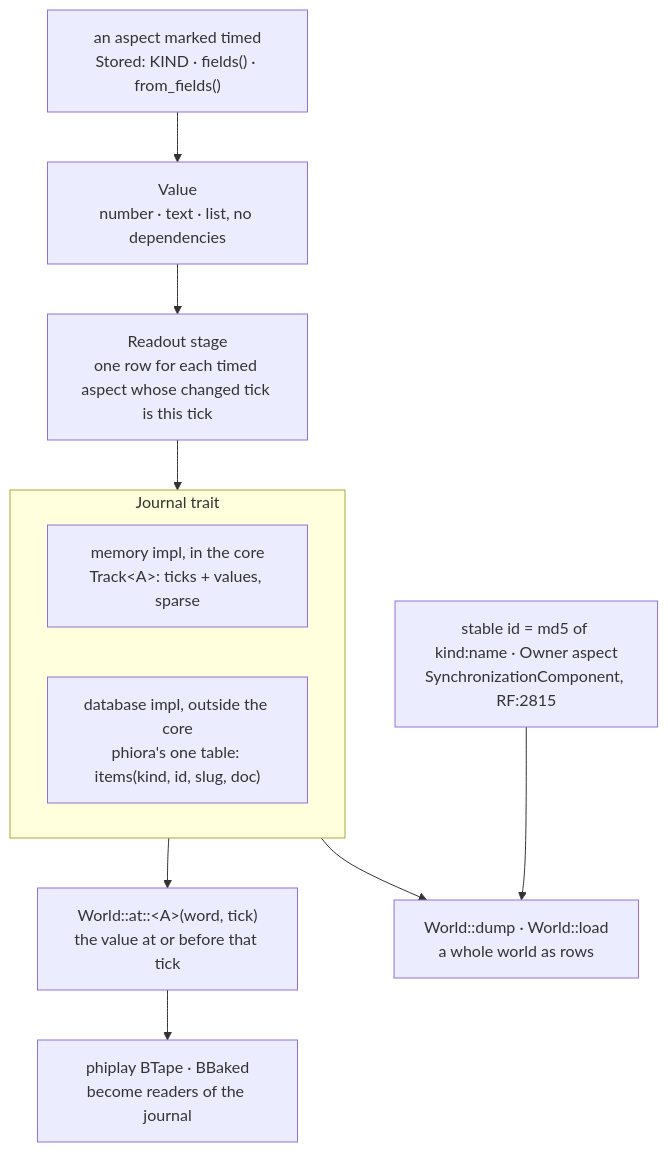
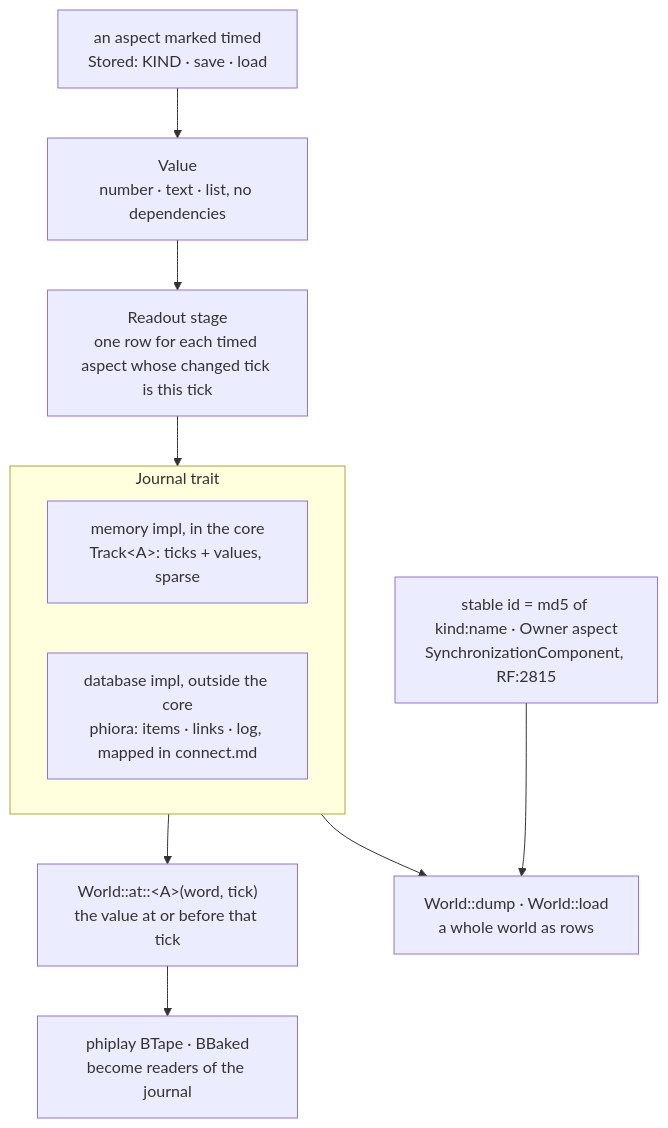
One commit to gemphi/phikit changed the second of 3 diagrams in crates/phicore/phiecs/docs/time.md. Above: the diagram before and after it, drawn with Mermaid. The commit also changed other lines of this file and 21 other files, not shown here.

````diff
--- a/crates/phicore/phiecs/docs/time.md
+++ b/crates/phicore/phiecs/docs/time.md
@@ -20,19 +20,19 @@
 ```mermaid
 graph TB
-    j_aspect["an aspect marked timed<br/>Stored: KIND · fields() · from_fields()"]
+    j_aspect["an aspect marked timed<br/>Stored: KIND · save · load"]
     j_value["Value<br/>number · text · list, no dependencies"]
     j_readout["Readout stage<br/>one row for each timed aspect whose changed tick is this tick"]
     subgraph journal["Journal trait"]
         j_mem["memory impl, in the core<br/>Track&lt;A&gt;: ticks + values, sparse"]
-        j_db["database impl, outside the core<br/>phiora's one table: items(kind, id, slug, doc)"]
+        j_db["database impl, outside the core<br/>phiora: items · links · log, mapped in connect.md"]
     end
     j_at["World::at::&lt;A&gt;(word, tick)<br/>the value at or before that tick"]
     j_dump["World::dump · World::load<br/>a whole world as rows"]
     j_id["stable id = md5 of kind:name · Owner aspect<br/>SynchronizationComponent, RF:2815"]
     j_tapes["phiplay BTape · BBaked<br/>become readers of the journal"]
     j_aspect --> j_value --> j_readout --> journal
     journal --> j_at
     journal --> j_dump
     j_id --> j_dump
     j_at --> j_tapes
 ```
````
